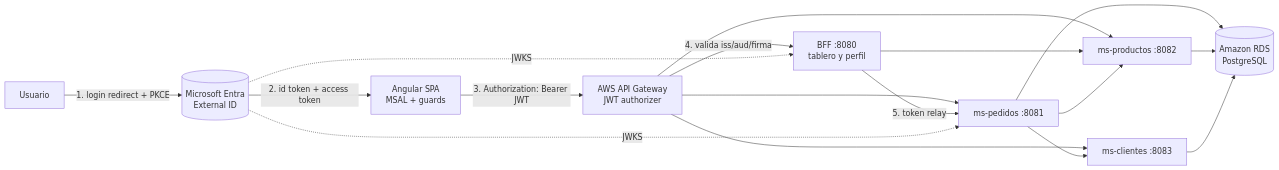
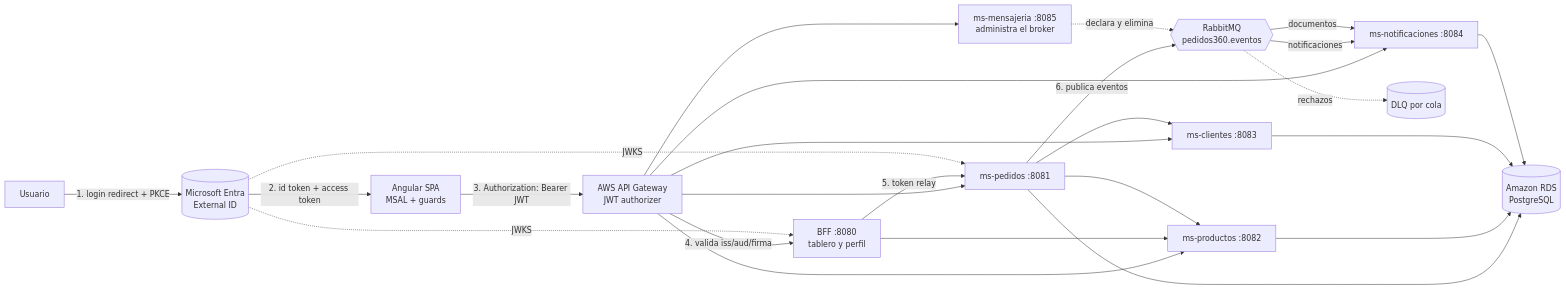
The first of 3 diagrams in docs/02-arquitectura.md (Zetita1/Pedidos360-backend), drawn with Mermaid before and after one commit. The commit also changed other lines of this file and 62 other files, not shown here.

First line of the commit message:
Integra RabbitMQ: eventos de pedidos, consumidores con DLQ y administrador del broker

````diff
--- a/docs/02-arquitectura.md
+++ b/docs/02-arquitectura.md
@@ -5,19 +5,27 @@
 ```mermaid
 flowchart LR
     U[Usuario] -->|1. login redirect + PKCE| IDaaS[(Microsoft Entra<br/>External ID)]
     IDaaS -->|2. id token + access token| SPA[Angular SPA<br/>MSAL + guards]
     SPA -->|3. Authorization: Bearer JWT| GW[AWS API Gateway<br/>JWT authorizer]
     GW -->|4. valida iss/aud/firma| BFF[BFF :8080<br/>tablero y perfil]
     GW --> MP[ms-pedidos :8081]
     GW --> MPr[ms-productos :8082]
     GW --> MC[ms-clientes :8083]
     BFF -->|5. token relay| MP
     BFF --> MPr
     MP --> MPr
     MP --> MC
+    GW --> MN[ms-notificaciones :8084]
+    GW --> MM[ms-mensajeria :8085<br/>administra el broker]
+    MP -->|6. publica eventos| MQ{{RabbitMQ<br/>pedidos360.eventos}}
+    MQ -->|notificaciones| MN
+    MQ -->|documentos| MN
+    MQ -.->|rechazos| DLQ[(DLQ por cola)]
+    MM -.->|declara y elimina| MQ
     MP --> DB[(Amazon RDS<br/>PostgreSQL)]
     MPr --> DB
     MC --> DB
+    MN --> DB
     IDaaS -. JWKS .-> BFF
     IDaaS -. JWKS .-> MP
 ```
````
